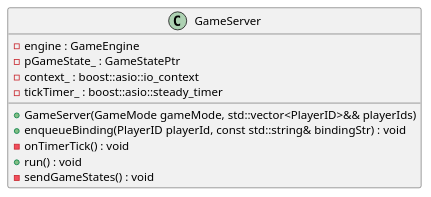
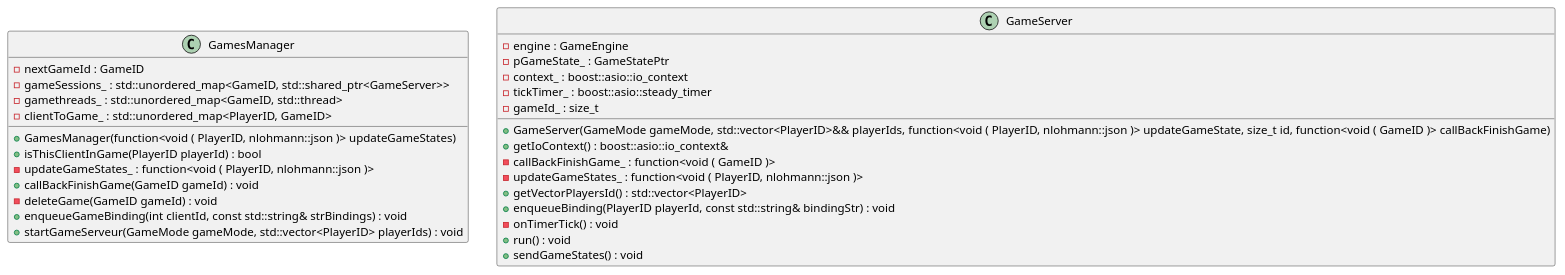
The diagram in doc/uml/class/server/GameServerClass.plantuml (ulb-info2-group5/Royal-Blocks), drawn with PlantUML before and after one commit. The commit also changed 51 other files, not shown here.

Commit message:
changement in the uml diagrams and export to png

```diff
--- a/doc/uml/class/server/GameServerClass.plantuml
+++ b/doc/uml/class/server/GameServerClass.plantuml
@@ -1,40 +1,54 @@
 @startuml GameServerClass
 
 
 
 
 
 /' Objects '/
+class GamesManager {
+	+GamesManager(function<void ( PlayerID, nlohmann::json )> updateGameStates)
+	-nextGameId : GameID
+	+isThisClientInGame(PlayerID playerId) : bool
+	-updateGameStates_ : function<void ( PlayerID, nlohmann::json )>
+	-gameSessions_ : std::unordered_map<GameID, std::shared_ptr<GameServer>>
+	-gamethreads_ : std::unordered_map<GameID, std::thread>
+	-clientToGame_ : std::unordered_map<PlayerID, GameID>
+	+callBackFinishGame(GameID gameId) : void
+	-deleteGame(GameID gameId) : void
+	+enqueueGameBinding(int clientId, const std::string& strBindings) : void
+	+startGameServeur(GameMode gameMode, std::vector<PlayerID> playerIds) : void
+}
 
 class GameServer {
-	+GameServer(GameMode gameMode, std::vector<PlayerID>&& playerIds)
+	+GameServer(GameMode gameMode, std::vector<PlayerID>&& playerIds, function<void ( PlayerID, nlohmann::json )> updateGameState, size_t id, function<void ( GameID )> callBackFinishGame)
 	-engine : GameEngine
 	-pGameState_ : GameStatePtr
 	-context_ : boost::asio::io_context
+	+getIoContext() : boost::asio::io_context&
 	-tickTimer_ : boost::asio::steady_timer
+	-callBackFinishGame_ : function<void ( GameID )>
+	-updateGameStates_ : function<void ( PlayerID, nlohmann::json )>
+	-gameId_ : size_t
+	+getVectorPlayersId() : std::vector<PlayerID>
 	+enqueueBinding(PlayerID playerId, const std::string& bindingStr) : void
 	-onTimerTick() : void
 	+run() : void
-	-sendGameStates() : void
+	+sendGameStates() : void
 }
-
-
-
-
 
 /' Inheritance relationships '/
 
 
 
 
 /' Aggregation relationships '/
 
 
 
 
 
 /' Nested objects '/
 
 
 
 @enduml
```
